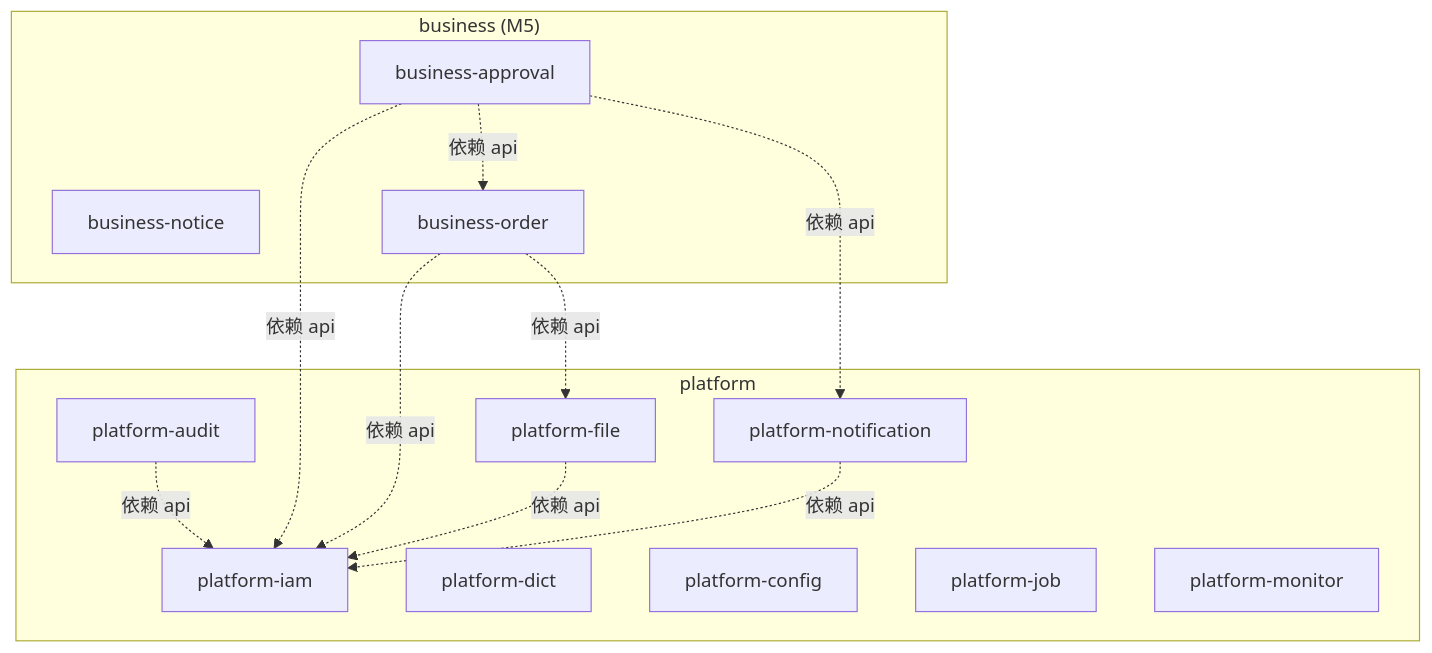
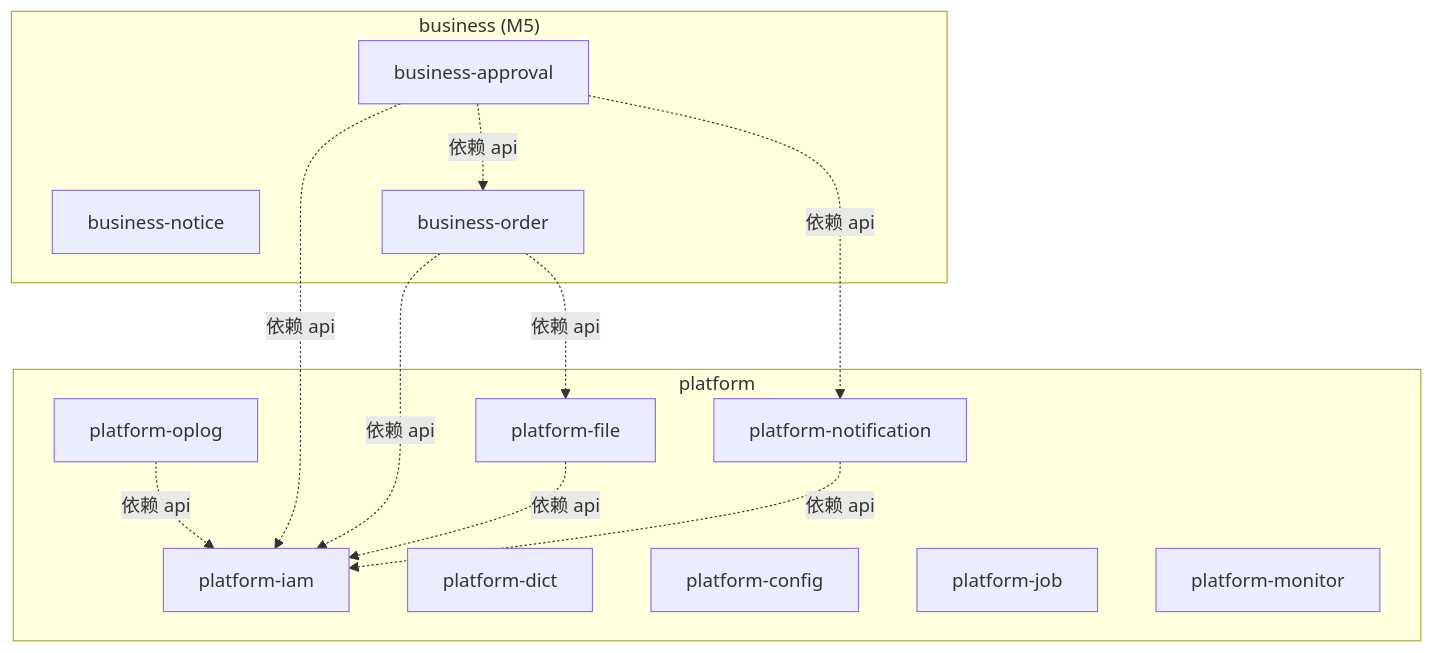
The diagram in docs/specs/backend/01-module-structure.md (xykjlcx/meta-build), drawn with Mermaid before and after one commit. The commit also changed other lines of this file and 25 other files, not shown here.

````diff
--- a/docs/specs/backend/01-module-structure.md
+++ b/docs/specs/backend/01-module-structure.md
@@ -358,28 +351,28 @@
 ```mermaid
 graph TB
     subgraph "platform"
         iam[platform-iam]
-        audit[platform-audit]
+        audit[platform-oplog]
         file[platform-file]
         notification[platform-notification]
         dict[platform-dict]
         config[platform-config]
         job[platform-job]
         monitor[platform-monitor]
     end
     
     subgraph "business (M5)"
         notice[business-notice]
         order[business-order]
         approval[business-approval]
     end
     
     audit -.依赖 api.-> iam
     file -.依赖 api.-> iam
     notification -.依赖 api.-> iam
     order -.依赖 api.-> iam
     order -.依赖 api.-> file
     approval -.依赖 api.-> iam
     approval -.依赖 api.-> order
     approval -.依赖 api.-> notification
 ```
````
